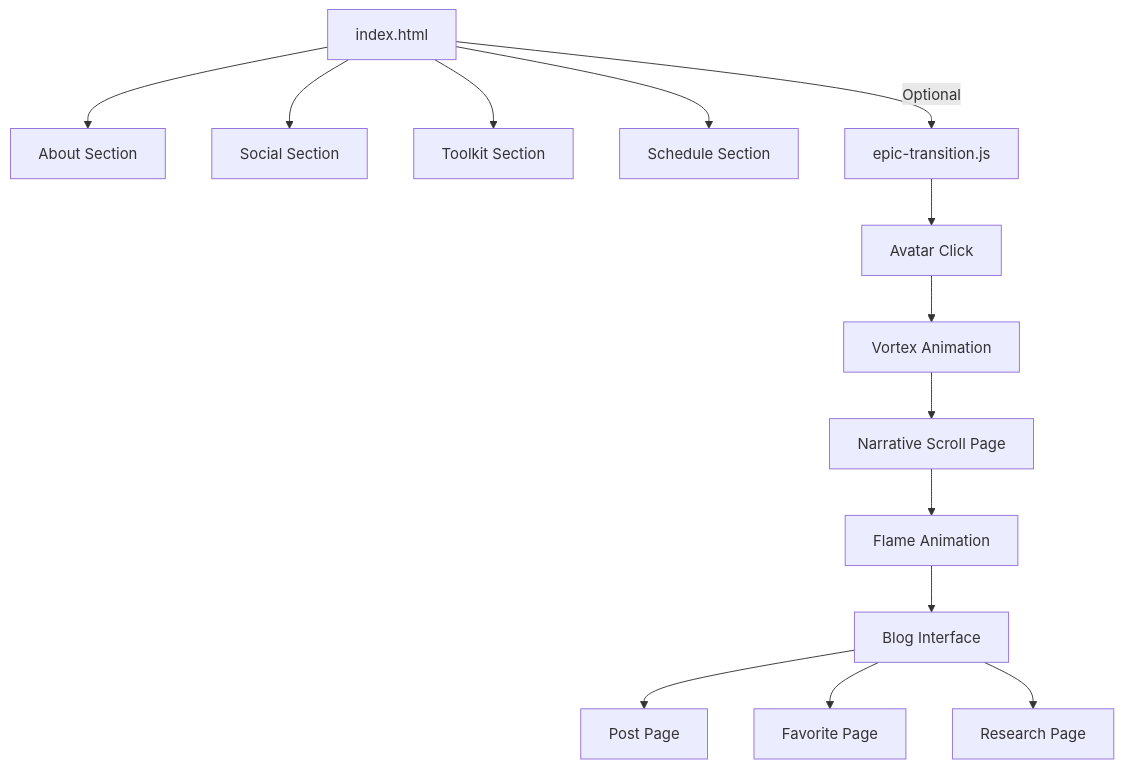
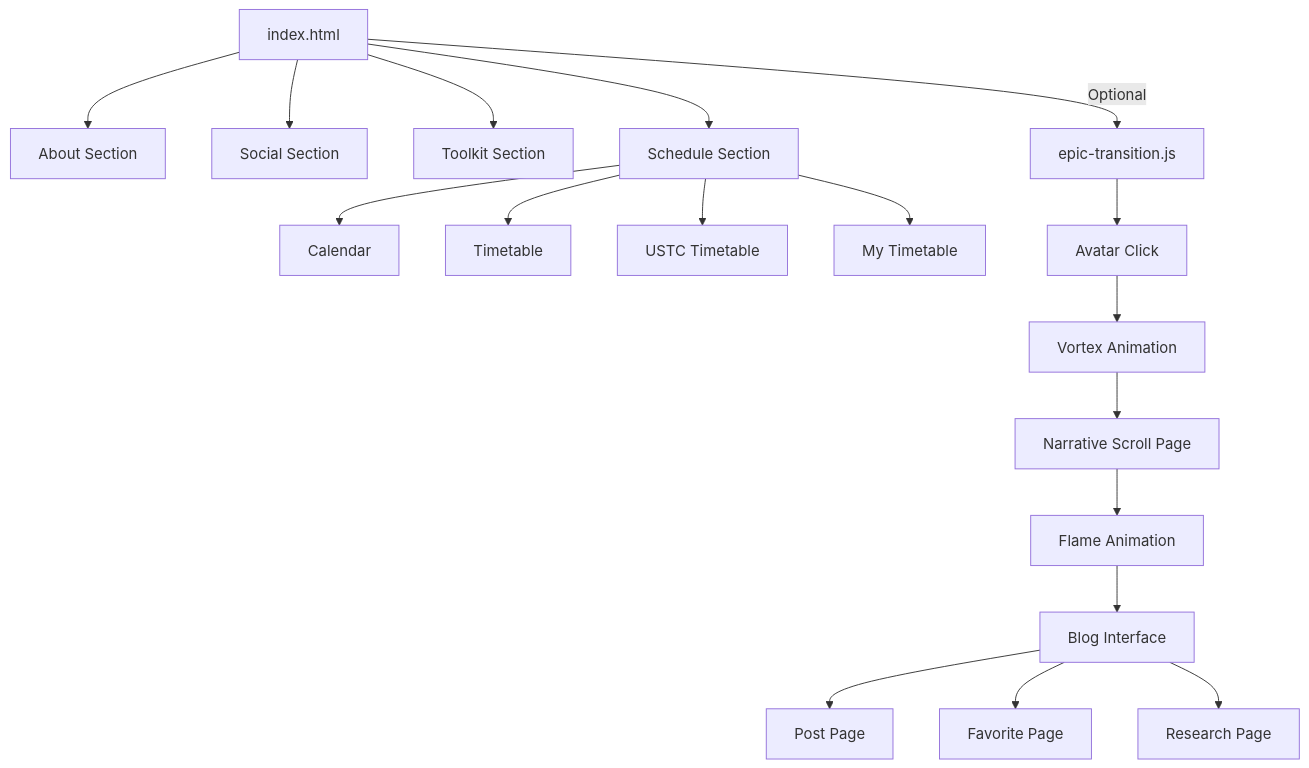
Before and after one commit to Yuzhou541/Yuzhou541.github.io: the diagram in README.markdown, drawn with Mermaid. The commit also changed other lines of this file, not shown here.

````diff
--- a/README.markdown
+++ b/README.markdown
@@ -297,16 +299,20 @@
 ```mermaid
 graph TD
     A[index.html] --> B[About Section]
     A --> C[Social Section]
     A --> D[Toolkit Section]
     A --> E[Schedule Section]
+    E --> O[Calendar]
+    E --> P[Timetable]
+    E --> Q[USTC Timetable]
+    E --> R[My Timetable]
     A -->|Optional| F[epic-transition.js]
     F --> G[Avatar Click]
     G --> H[Vortex Animation]
     H --> I[Narrative Scroll Page]
     I --> J[Flame Animation]
     J --> K[Blog Interface]
     K --> L[Post Page]
     K --> M[Favorite Page]
     K --> N[Research Page]
 ```
````
